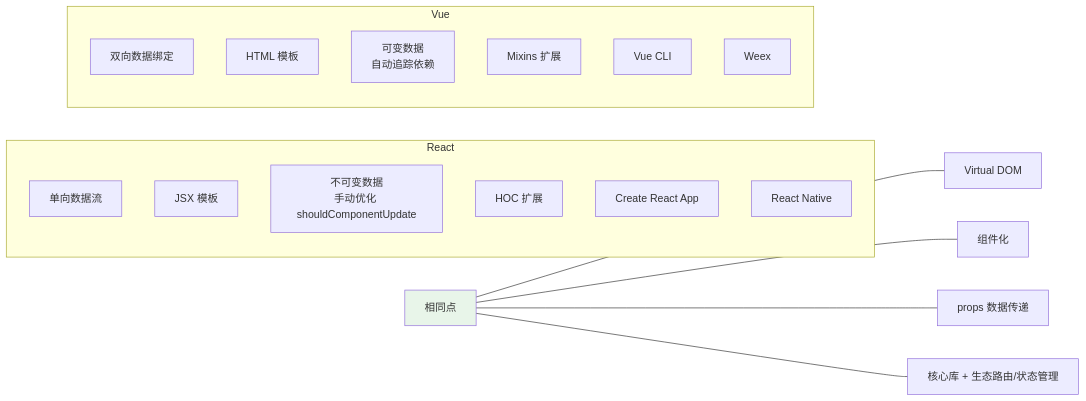
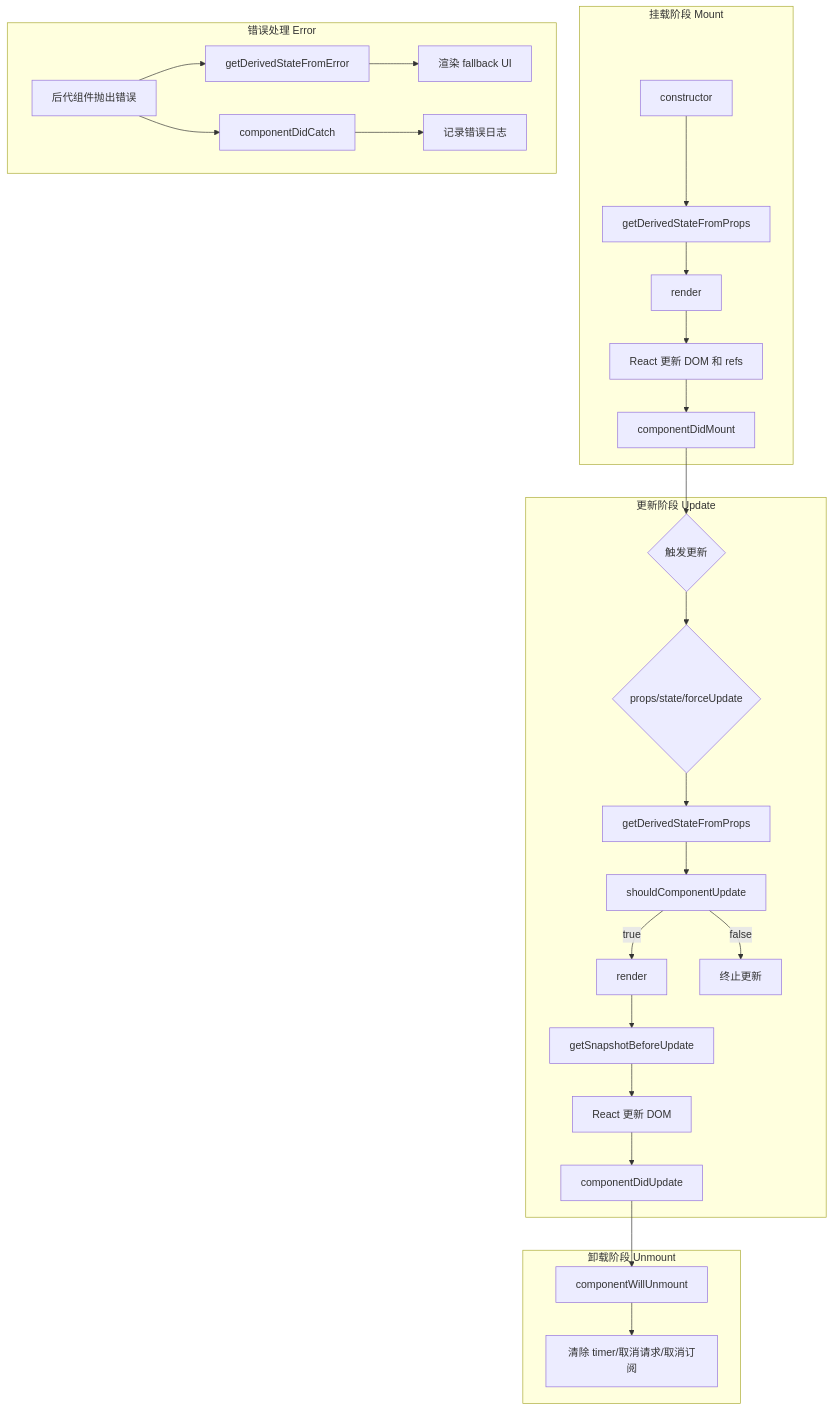
Before and after one commit to KMaybe01/common: the ninth of 21 diagrams in 00-基础常识/05-React-详解版.md, drawn with Mermaid. The commit also changed other lines of this file and 10 other files, not shown here.

````diff
--- a/00-基础常识/05-React-详解版.md
+++ b/00-基础常识/05-React-详解版.md
@@ -933,27 +681,35 @@
 ```mermaid
-flowchart LR
-    subgraph React
-        R1["单向数据流"]
-        R2["JSX 模板"]
-        R3["不可变数据\n手动优化 shouldComponentUpdate"]
-        R4["HOC 扩展"]
-        R5["Create React App"]
-        R6["React Native"]
+flowchart TD
+    subgraph 挂载阶段 Mount
+        M1["constructor"] --> M2["getDerivedStateFromProps"]
+        M2 --> M3["render"]
+        M3 --> M4["React 更新 DOM 和 refs"]
+        M4 --> M5["componentDidMount"]
     end
-    
-    subgraph Vue
-        V1["双向数据绑定"]
-        V2["HTML 模板"]
-        V3["可变数据\n自动追踪依赖"]
-        V4["Mixins 扩展"]
-        V5["Vue CLI"]
-        V6["Weex"]
+
+    subgraph 更新阶段 Update
+        U0{"触发更新"} --> U1{"props/state/forceUpdate"}
+        U1 --> U2["getDerivedStateFromProps"]
+        U2 --> U3["shouldComponentUpdate"]
+        U3 -->|true| U4["render"]
+        U3 -->|false| U5["终止更新"]
+        U4 --> U6["getSnapshotBeforeUpdate"]
+        U6 --> U7["React 更新 DOM"]
+        U7 --> U8["componentDidUpdate"]
     end
-    
-    C1["相同点"] --- C2["Virtual DOM"]
-    C1 --- C3["组件化"]
-    C1 --- C4["props 数据传递"]
-    C1 --- C5["核心库 + 生态路由/状态管理"]
-    
-    style C1 fill:#e8f5e9
+
+    subgraph 卸载阶段 Unmount
+        D1["componentWillUnmount"]
+        D1 --> D2["清除 timer/取消请求/取消订阅"]
+    end
+
+    subgraph 错误处理 Error
+        E1["后代组件抛出错误"] --> E2["getDerivedStateFromError"]
+        E2 --> E3["渲染 fallback UI"]
+        E1 --> E4["componentDidCatch"]
+        E4 --> E5["记录错误日志"]
+    end
+
+    M5 --> U0
+    U8 --> D1
 ```
````
